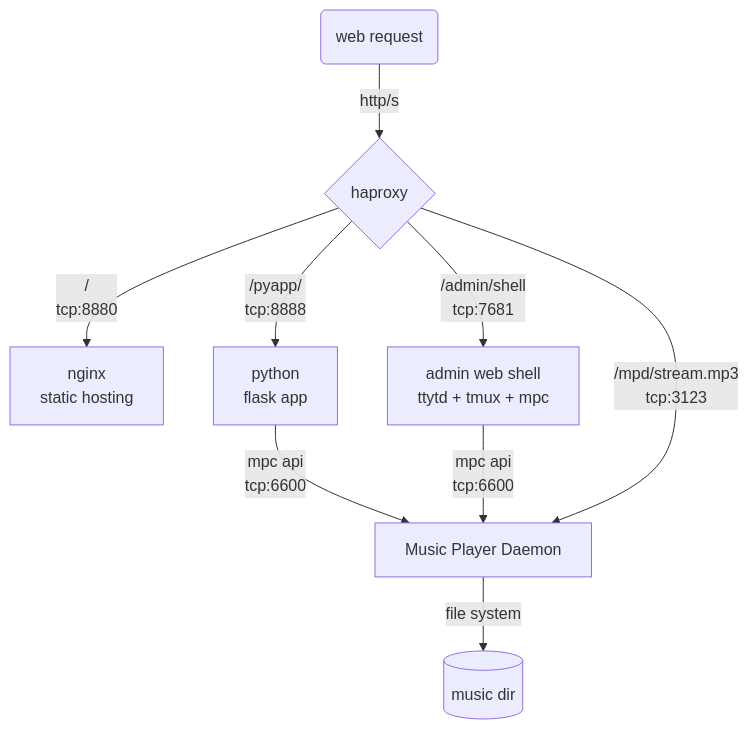
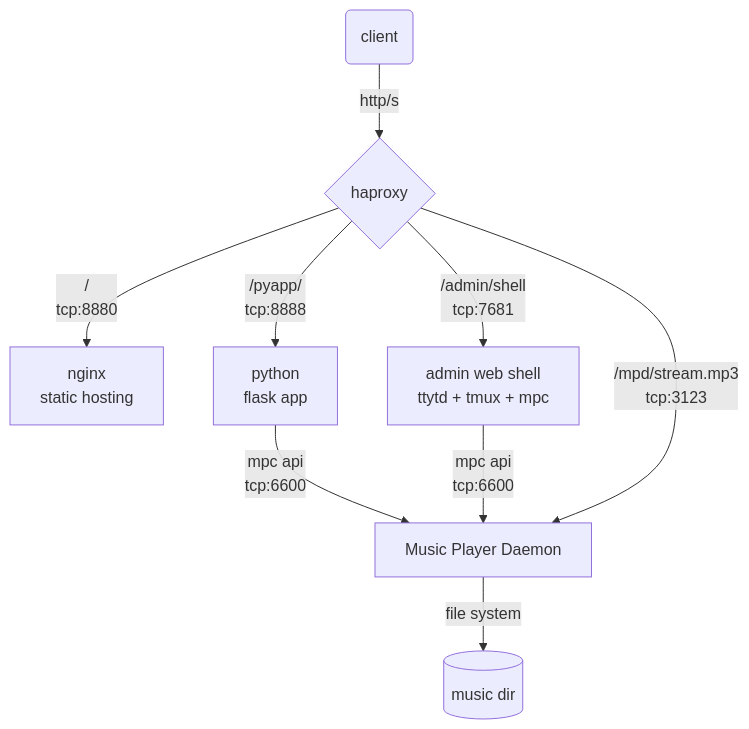
One commit to craig-m/mpcontainer changed the diagram in mpcontainer.mermaid. Above: the diagram before and after it, drawn with Mermaid. The commit also changed 2 other files, not shown here.

```diff
--- a/mpcontainer.mermaid
+++ b/mpcontainer.mermaid
@@ -1,9 +1,9 @@
 graph TD
-    A(web request) -->|http/s| C{haproxy}
+    A(client) -->|http/s| C{haproxy}
     C -->|/<br>tcp:8880| D[nginx<br>static hosting]
     C -->|/pyapp/<br>tcp:8888| E[python<br>flask app]
     E -->|mpc api<br>tcp:6600| G
     C -->|/admin/shell<br>tcp:7681| F[admin web shell<br>ttytd + tmux + mpc]
     F -->|mpc api<br>tcp:6600| G
     C -->|/mpd/stream.mp3<br>tcp:3123| G[Music Player Daemon]
     G -->|file system|J[(music dir)]
```
